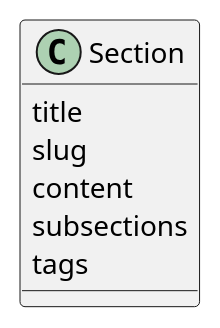
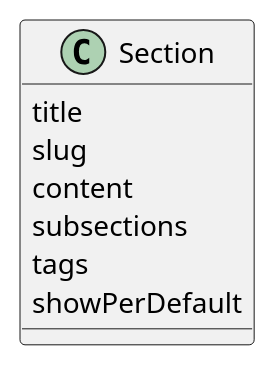
Before and after one commit to go-go-golems/glazed: the diagram in doc/rfcs/drafts/07_2022-12-03_help-system.md, drawn with PlantUML. The commit also changed other lines of this file, not shown here.

````diff
--- a/doc/rfcs/drafts/07_2022-12-03_help-system.md
+++ b/doc/rfcs/drafts/07_2022-12-03_help-system.md
@@ -75,9 +135,10 @@
 ```plantuml
 class Section {
    title
    slug
    content
    subsections
    tags
+   showPerDefault
 }
 ```
````
